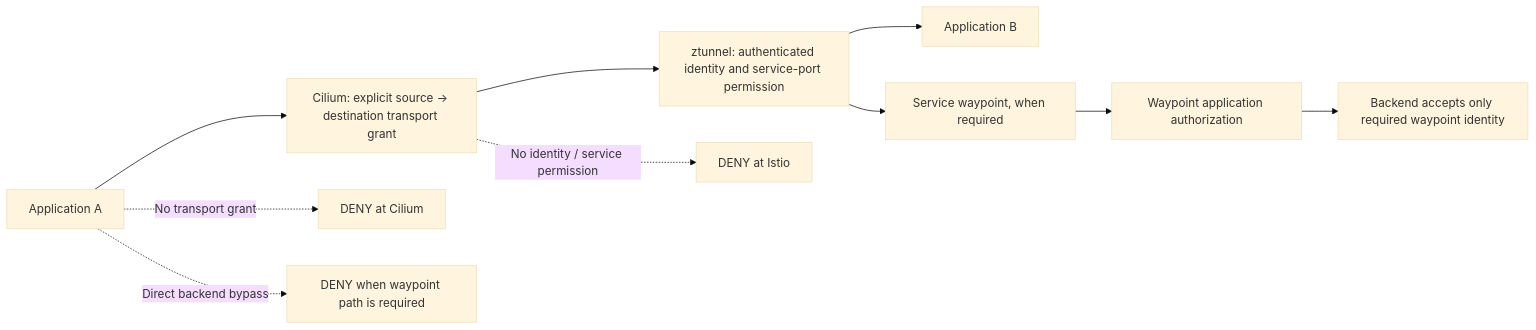
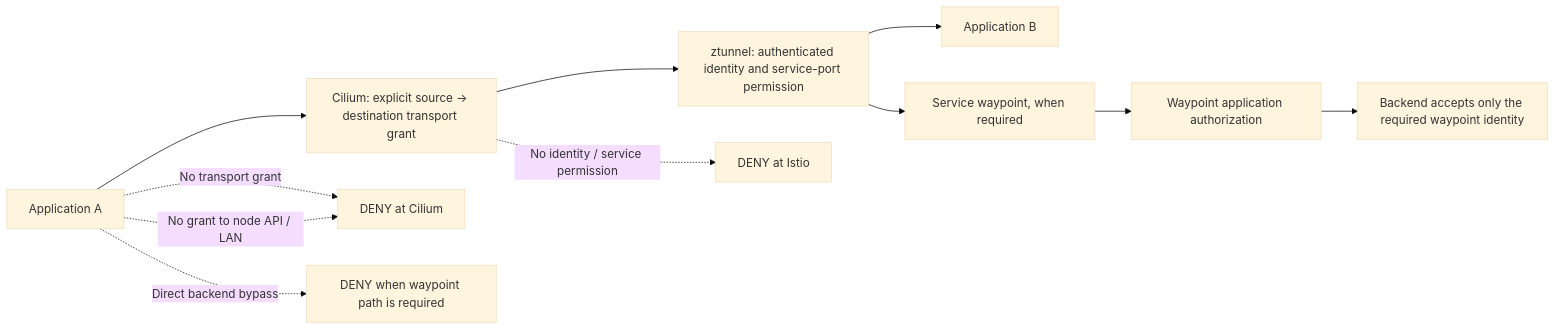
Before and after one commit to liamawhite/homelab: the third of 5 diagrams in docs/architecture/network-security.md, drawn with Mermaid (base theme). The commit also changed other lines of this file and 24 other files, not shown here.

````diff
--- a/docs/architecture/network-security.md
+++ b/docs/architecture/network-security.md
@@ -55,13 +62,14 @@
 ```mermaid
 flowchart LR
     App["Application A"] --> L4["Cilium: explicit source → destination transport grant"]
     L4 --> Z["ztunnel: authenticated identity and service-port permission"]
     Z --> B["Application B"]
     Z --> W["Service waypoint, when required"]
     W --> Auth["Waypoint application authorization"]
-    Auth --> Backend["Backend accepts only required waypoint identity"]
+    Auth --> Backend["Backend accepts only the required waypoint identity"]
 
     App -. "No transport grant" .-> L4Drop["DENY at Cilium"]
     L4 -. "No identity / service permission" .-> IdentityDrop["DENY at Istio"]
     App -. "Direct backend bypass" .-> BypassDrop["DENY when waypoint path is required"]
+    App -. "No grant to node API / LAN" .-> L4Drop
 ```
````
